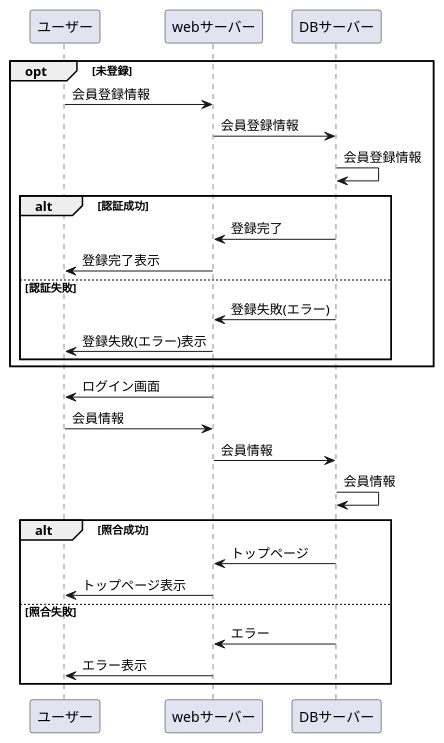
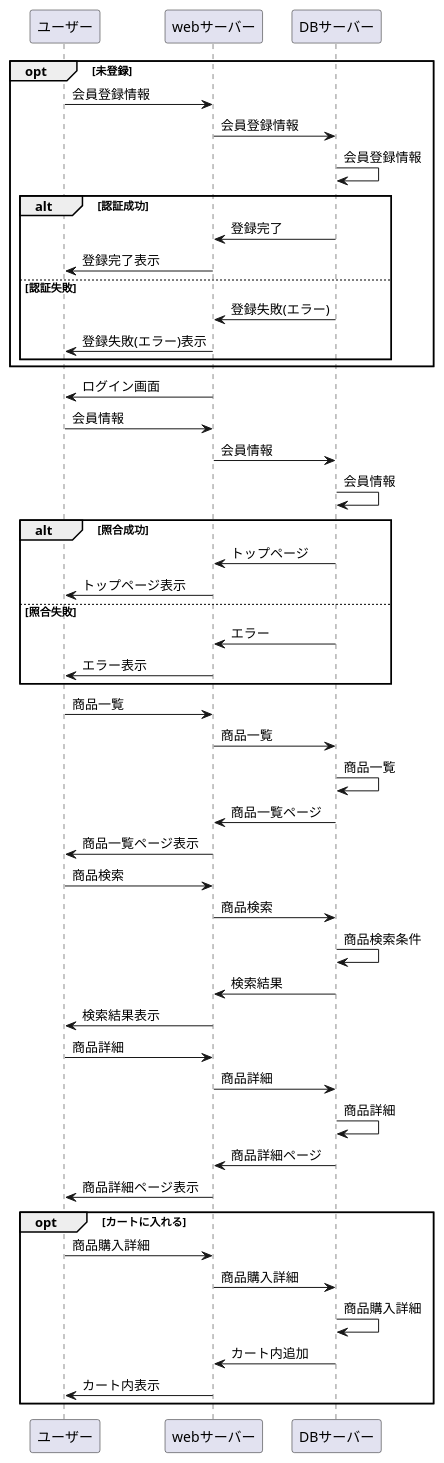
Before and after one commit to Aso2001181/2021sys-design: the diagram in jikosaito.md, drawn with PlantUML.

````diff
--- a/jikosaito.md
+++ b/jikosaito.md
@@ -1,28 +1,51 @@
 ```uml
 @startuml
 opt 未登録
 ユーザー -> webサーバー:会員登録情報
 webサーバー -> DBサーバー:会員登録情報
 DBサーバー -> DBサーバー:会員登録情報
 alt 認証成功
 DBサーバー -> webサーバー:登録完了
 webサーバー -> ユーザー:登録完了表示
 else 認証失敗
 DBサーバー -> webサーバー:登録失敗(エラー)
 webサーバー -> ユーザー:登録失敗(エラー)表示
 end
 end
 
 webサーバー -> ユーザー:ログイン画面
 ユーザー -> webサーバー:会員情報
 webサーバー -> DBサーバー:会員情報
 DBサーバー -> DBサーバー:会員情報
 alt 照合成功
 DBサーバー -> webサーバー:トップページ
 webサーバー -> ユーザー:トップページ表示
 else 照合失敗
 DBサーバー -> webサーバー:エラー
 webサーバー -> ユーザー:エラー表示
 end
+
+ユーザー -> webサーバー:商品一覧
+webサーバー -> DBサーバー:商品一覧
+DBサーバー -> DBサーバー:商品一覧
+DBサーバー -> webサーバー:商品一覧ページ
+webサーバー -> ユーザー:商品一覧ページ表示
+ユーザー -> webサーバー:商品検索
+webサーバー -> DBサーバー:商品検索
+DBサーバー -> DBサーバー:商品検索条件
+DBサーバー -> webサーバー:検索結果
+webサーバー -> ユーザー:検索結果表示
+ユーザー -> webサーバー:商品詳細
+webサーバー -> DBサーバー:商品詳細
+DBサーバー -> DBサーバー:商品詳細 
+DBサーバー -> webサーバー:商品詳細ページ
+webサーバー -> ユーザー:商品詳細ページ表示
+opt カートに入れる
+ユーザー -> webサーバー:商品購入詳細
+webサーバー -> DBサーバー:商品購入詳細
+DBサーバー -> DBサーバー:商品購入詳細
+DBサーバー -> webサーバー:カート内追加
+webサーバー -> ユーザー:カート内表示
+end
 @enduml
 ```
````
